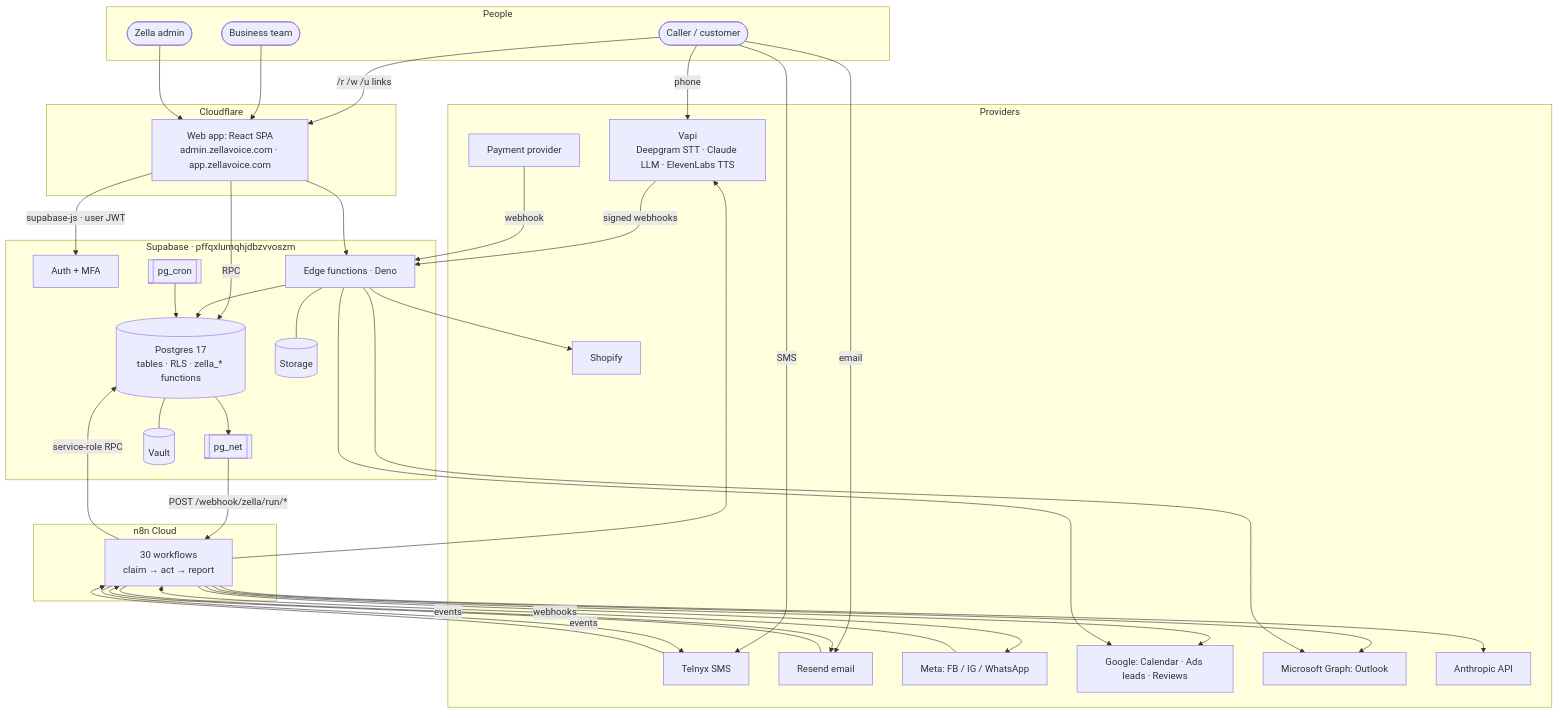
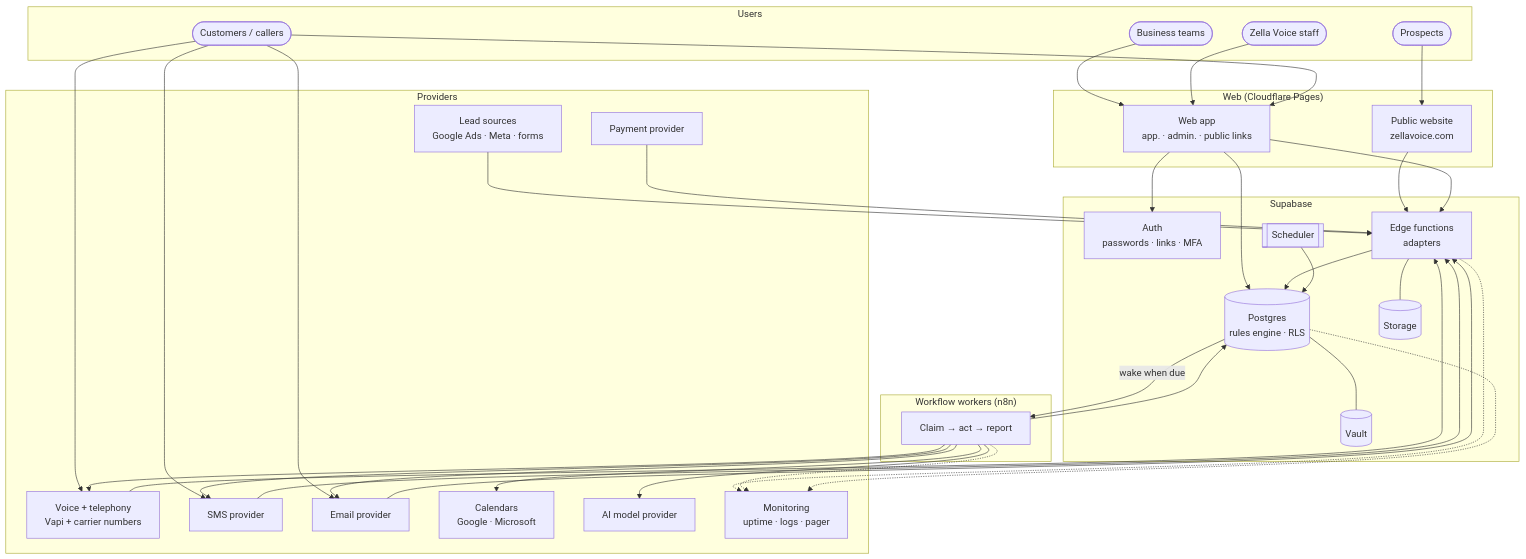
One commit to singhdhruv525-source/Zella-AI changed the second of 14 diagrams in docs/ARCHITECTURE.md. Above: the diagram before and after it, drawn with Mermaid. The commit also changed other lines of this file and 1 other file, not shown here.

````diff
--- a/docs/ARCHITECTURE.md
+++ b/docs/ARCHITECTURE.md
@@ -93,62 +142,52 @@
 ```mermaid
 flowchart TB
-  subgraph People
-    caller([Caller / customer])
-    team([Business team])
-    zadmin([Zella admin])
+  subgraph Users
+    pros([Prospects])
+    own([Business teams])
+    cust([Customers / callers])
+    zv([Zella Voice staff])
   end
-
+  subgraph Web["Web (Cloudflare Pages)"]
+    site[Public website<br/>zellavoice.com]
+    app[Web app<br/>app. · admin. · public links]
+  end
+  subgraph Core["Supabase"]
+    auth[Auth<br/>passwords · links · MFA]
+    edge[Edge functions<br/>adapters]
+    pg[(Postgres<br/>rules engine · RLS)]
+    cron[[Scheduler]]
+    vault[(Vault)]
+    files[(Storage)]
+  end
+  subgraph Workers["Workflow workers (n8n)"]
+    wk[Claim → act → report]
+  end
   subgraph Providers
-    vapi[Vapi<br/>Deepgram STT · Claude LLM · ElevenLabs TTS]
-    telnyx[Telnyx SMS]
-    resend[Resend email]
-    meta[Meta: FB / IG / WhatsApp]
-    google[Google: Calendar · Ads leads · Reviews]
-    msft[Microsoft Graph: Outlook]
-    shopify[Shopify]
-    anthropic[Anthropic API]
+    voice[Voice + telephony<br/>Vapi + carrier numbers]
+    sms[SMS provider]
+    mail[Email provider]
+    cal[Calendars<br/>Google · Microsoft]
+    leads[Lead sources<br/>Google Ads · Meta · forms]
     pay[Payment provider]
+    llm[AI model provider]
+    obs[Monitoring<br/>uptime · logs · pager]
   end
-
-  subgraph Cloudflare
-    web[Web app: React SPA<br/>admin.zellavoice.com · app.zellavoice.com]
-  end
-
-  subgraph Supabase["Supabase · pffqxlumqhjdbzvvoszm"]
-    auth[Auth + MFA]
-    edge[Edge functions · Deno]
-    db[(Postgres 17<br/>tables · RLS · zella_* functions)]
-    cron[[pg_cron]]
-    net[[pg_net]]
-    vault[(Vault)]
-    storage[(Storage)]
-  end
-
-  subgraph N8N["n8n Cloud"]
-    wf[30 workflows<br/>claim → act → report]
-  end
-
-  caller -- phone --> vapi
-  caller -- SMS --> telnyx
-  caller -- email --> resend
-  caller -- "/r /w /u links" --> web
-  team --> web
-  zadmin --> web
-
-  web -- "supabase-js · user JWT" --> auth
-  web -- RPC --> db
-  web --> edge
-  vapi -- "signed webhooks" --> edge
-  edge --> db
-  cron --> db
-  db --> net -- "POST /webhook/zella/run/*" --> wf
-  wf -- "service-role RPC" --> db
-  wf --> telnyx & resend & vapi & meta & google & msft & anthropic
-  telnyx -- events --> wf
-  resend -- events --> wf
-  meta -- webhooks --> wf
-  pay -- webhook --> edge
-  edge --> google & msft & shopify
-  db --- vault
-  edge --- storage
+  pros --> site --> edge
+  own & zv --> app --> auth
+  app --> pg
+  app --> edge
+  cust --> voice --> edge
+  cust --> sms --> edge
+  cust --> mail --> edge
+  cust --> app
+  edge --> pg
+  cron --> pg
+  pg -- wake when due --> wk
+  wk --> pg
+  wk --> voice & sms & mail & cal & llm
+  leads --> edge
+  pay --> edge
+  pg --- vault
+  edge --- files
+  edge & wk & pg -.-> obs
 ```
````
